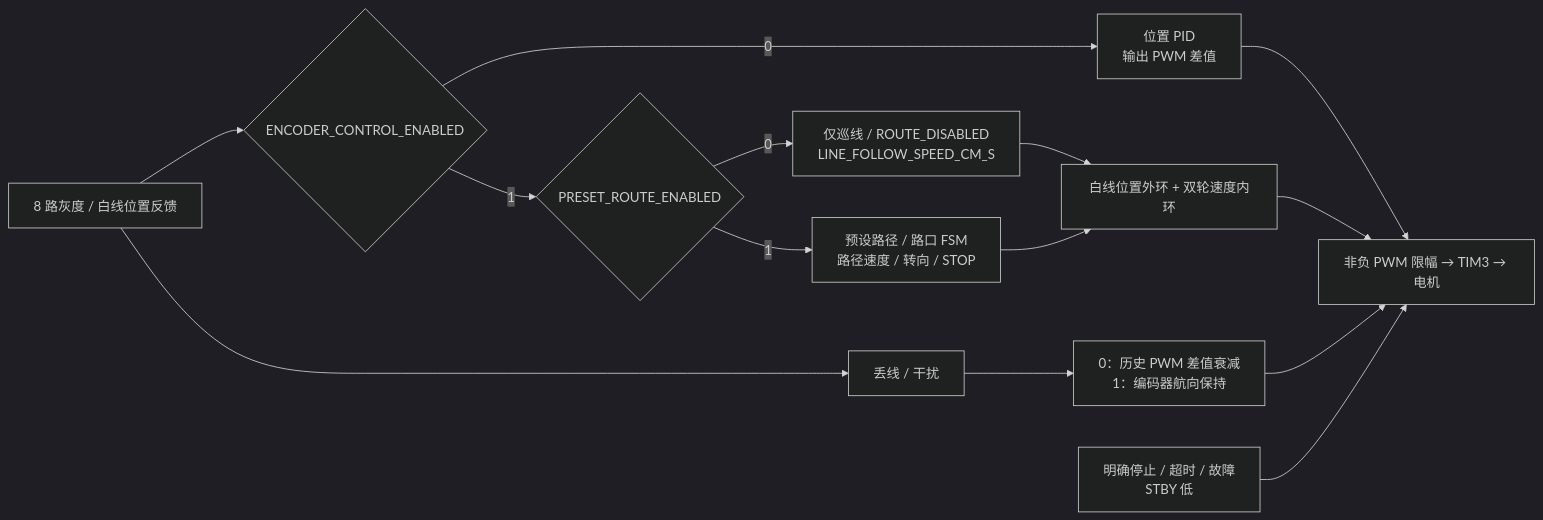
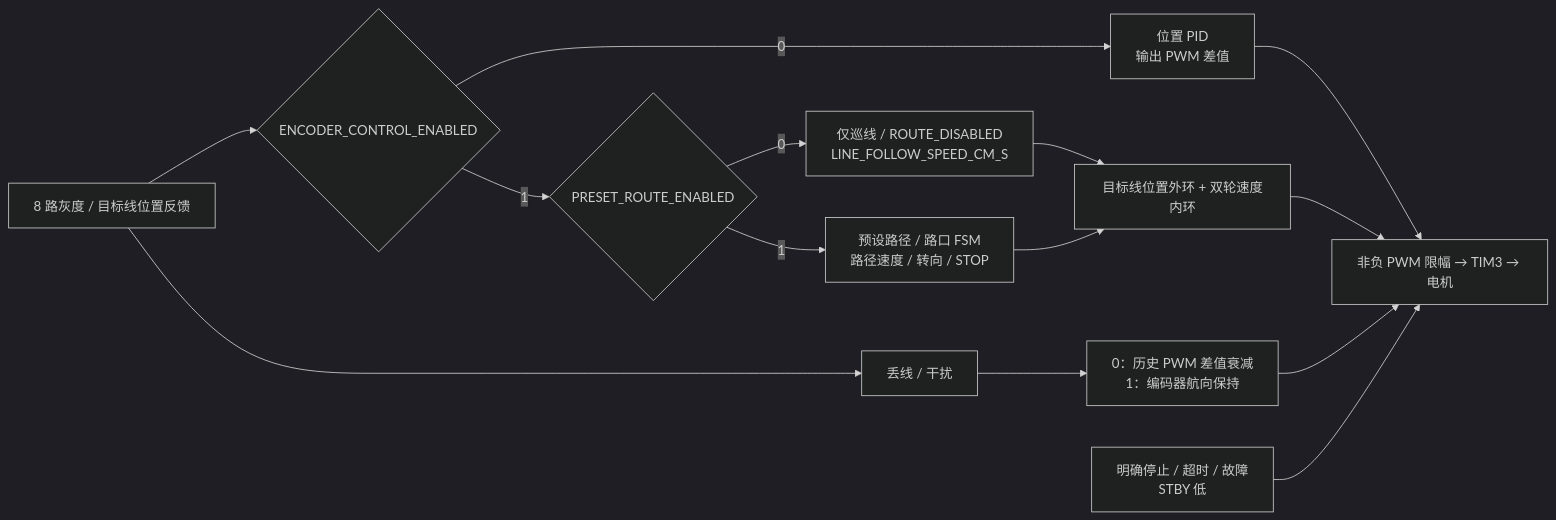
The first of 3 diagrams in README.md (Nailong-Corporation/car_stm32_school_competition), drawn with Mermaid (dark theme) before and after one commit. The commit also changed other lines of this file and 18 other files, not shown here.

````diff
--- a/README.md
+++ b/README.md
@@ -79,16 +87,16 @@
 ```mermaid
 flowchart LR
-    GPIO["8 路灰度 / 白线位置反馈"] --> SELECT{"ENCODER_CONTROL_ENABLED"}
+    GPIO["8 路灰度 / 目标线位置反馈"] --> SELECT{"ENCODER_CONTROL_ENABLED"}
     SELECT -->|0| POSITION["位置 PID<br/>输出 PWM 差值"]
     POSITION --> PWM["非负 PWM 限幅 → TIM3 → 电机"]
     SELECT -->|1| ROUTE{"PRESET_ROUTE_ENABLED"}
     ROUTE -->|0| ONLY["仅巡线 / ROUTE_DISABLED<br/>LINE_FOLLOW_SPEED_CM_S"]
     ROUTE -->|1| TABLE["预设路径 / 路口 FSM<br/>路径速度 / 转向 / STOP"]
-    ONLY --> CASCADE["白线位置外环 + 双轮速度内环"]
+    ONLY --> CASCADE["目标线位置外环 + 双轮速度内环"]
     TABLE --> CASCADE
     CASCADE --> PWM
     GPIO --> BAD["丢线 / 干扰"]
     BAD --> HOLD["0：历史 PWM 差值衰减<br/>1：编码器航向保持"]
     HOLD --> PWM
     STOP["明确停止 / 超时 / 故障<br/>STBY 低"] --> PWM
 ```
````
